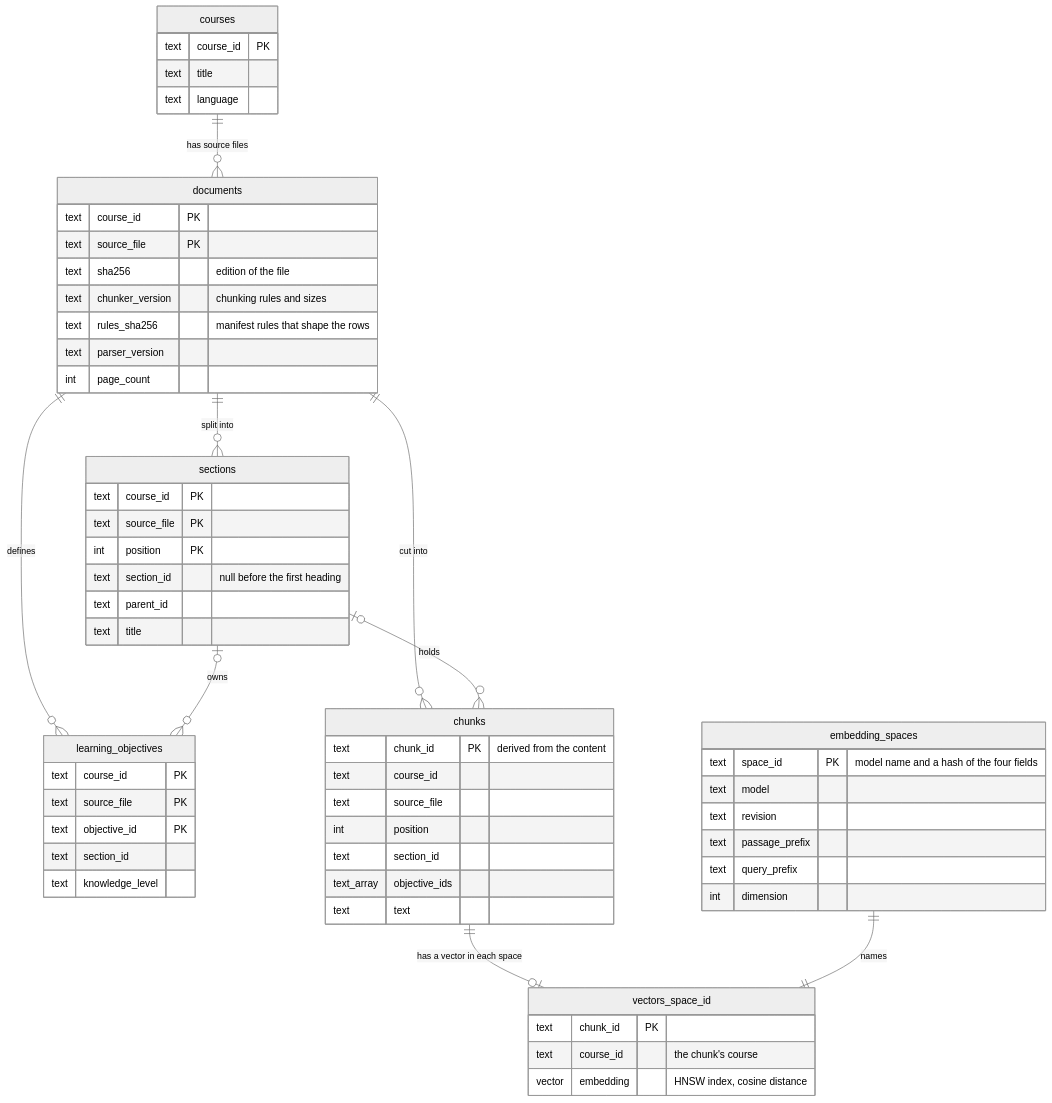
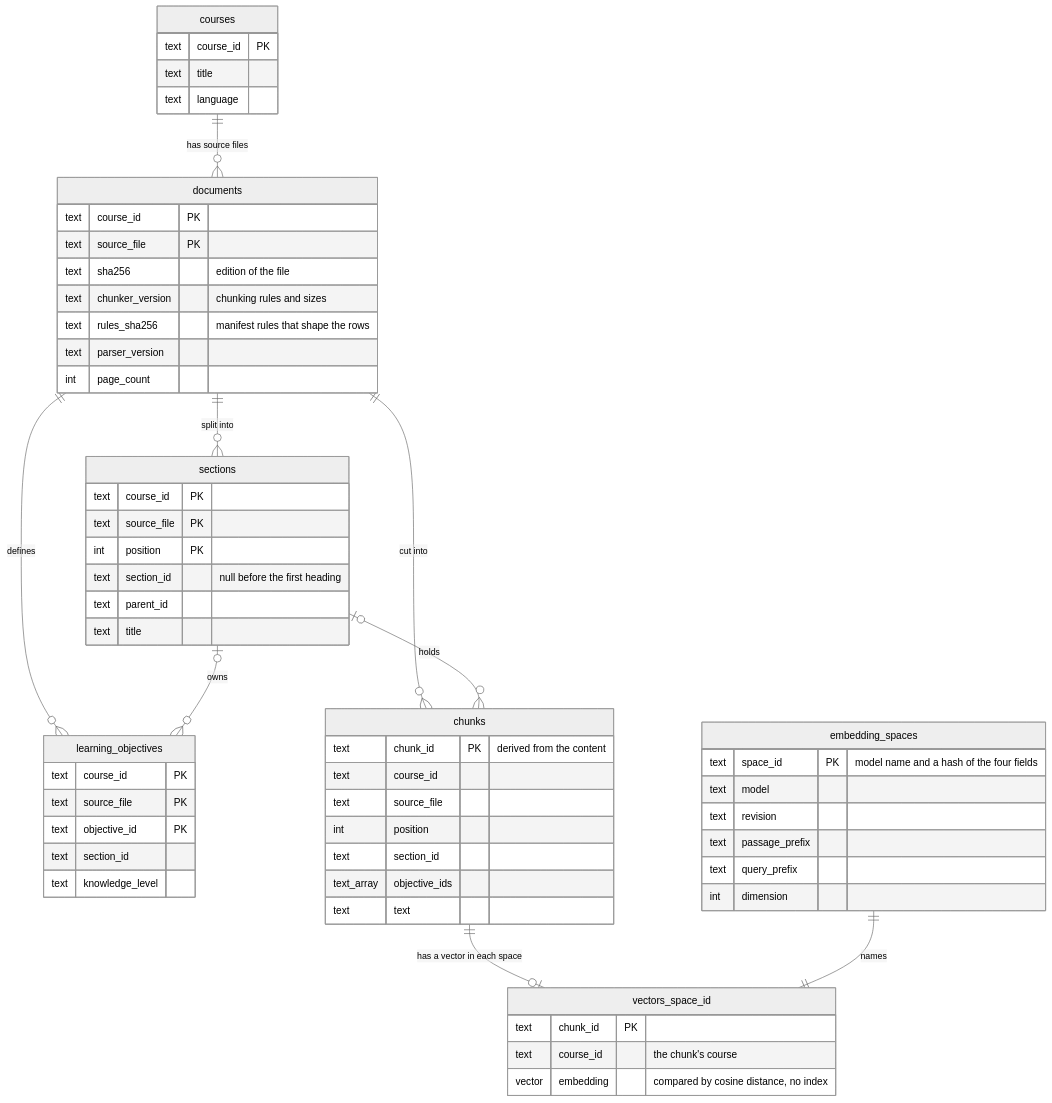
One commit to a-kapset/study-assistant changed the first of 2 diagrams in app/README.md. Above: the diagram before and after it, drawn with Mermaid (neutral theme). The commit also changed other lines of this file and 4 other files, not shown here.

First line of the commit message:
fix: make course search exact by dropping the approximate vector index

````diff
--- a/app/README.md
+++ b/app/README.md
@@ -257,62 +258,62 @@
 ```mermaid
 erDiagram
     courses ||--o{ documents : "has source files"
     documents ||--o{ sections : "split into"
     documents ||--o{ learning_objectives : "defines"
     documents ||--o{ chunks : "cut into"
     sections |o--o{ learning_objectives : "owns"
     sections |o--o{ chunks : "holds"
     chunks ||--o| vectors_space_id : "has a vector in each space"
     embedding_spaces ||--|| vectors_space_id : "names"
     courses {
         text course_id PK
         text title
         text language
     }
     documents {
         text course_id PK
         text source_file PK
         text sha256 "edition of the file"
         text chunker_version "chunking rules and sizes"
         text rules_sha256 "manifest rules that shape the rows"
         text parser_version
         int page_count
     }
     sections {
         text course_id PK
         text source_file PK
         int position PK
         text section_id "null before the first heading"
         text parent_id
         text title
     }
     learning_objectives {
         text course_id PK
         text source_file PK
         text objective_id PK
         text section_id
         text knowledge_level
     }
     chunks {
         text chunk_id PK "derived from the content"
         text course_id
         text source_file
         int position
         text section_id
         text_array objective_ids
         text text
     }
     embedding_spaces {
         text space_id PK "model name and a hash of the four fields"
         text model
         text revision
         text passage_prefix
         text query_prefix
         int dimension
     }
     vectors_space_id {
         text chunk_id PK
         text course_id "the chunk's course"
-        vector embedding "HNSW index, cosine distance"
+        vector embedding "compared by cosine distance, no index"
     }
 ```
````
